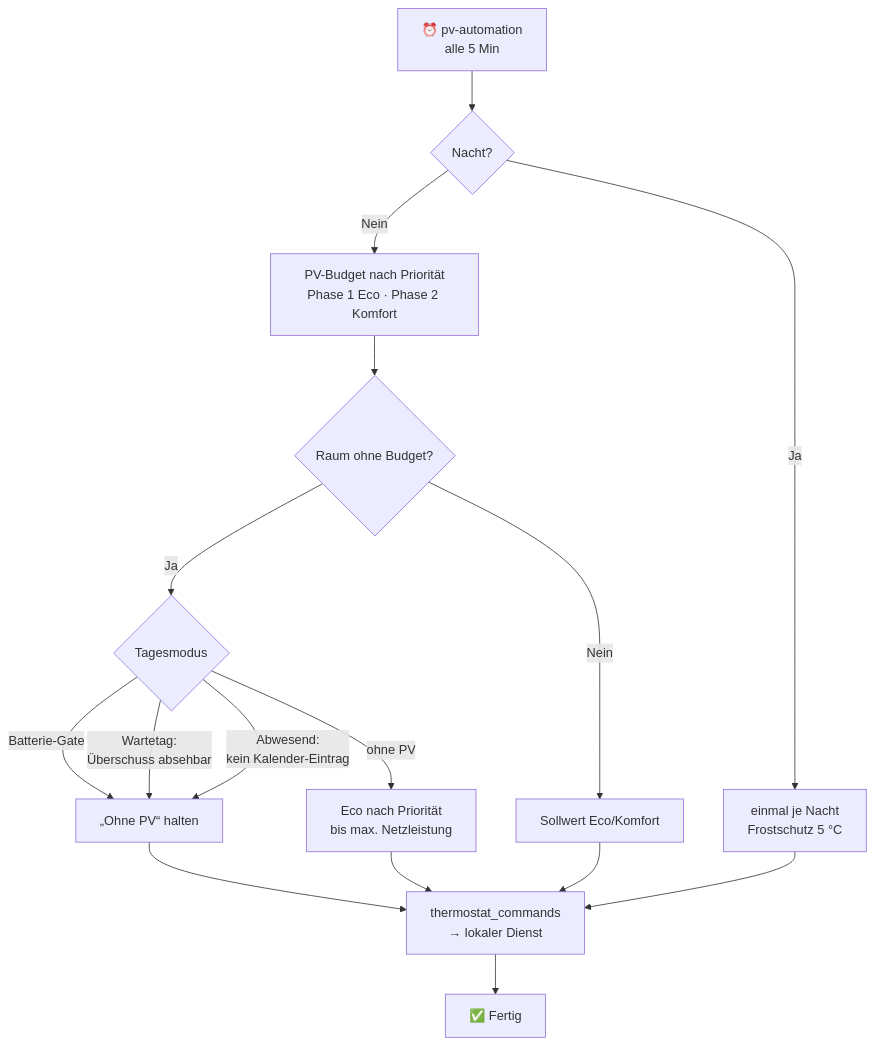
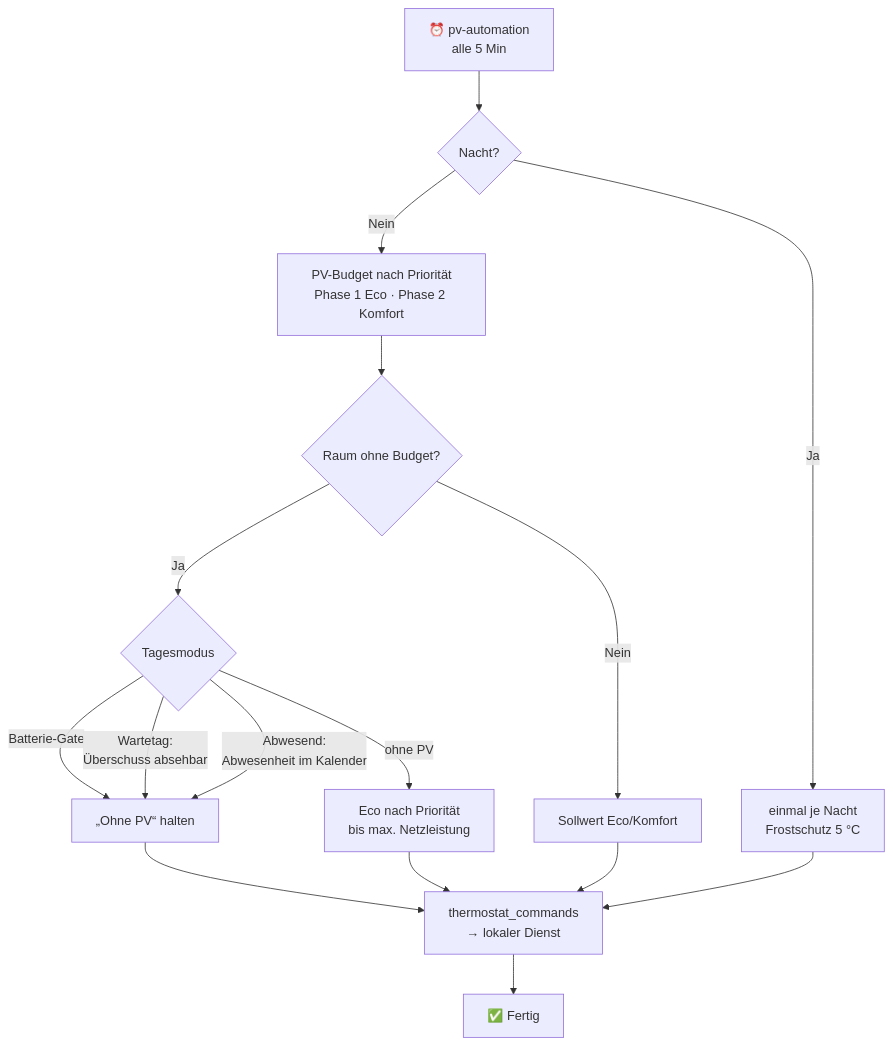
Before and after one commit to UliBer1508/smartfox-insight-ai-selfhosted: the third of 5 diagrams in doc/ARCHITECTURE.md, drawn with Mermaid. The commit also changed other lines of this file and 14 other files, not shown here.

First line of the commit message:
Anwesenheit umgedreht: Grundzustand anwesend, Kalender = Abwesenheit; Komfort mit PV auch bei Abwesenheit

````diff
--- a/doc/ARCHITECTURE.md
+++ b/doc/ARCHITECTURE.md
@@ -69,18 +69,18 @@
 ```mermaid
 flowchart TD
     START[⏰ pv-automation<br/>alle 5 Min] --> NIGHT{Nacht?}
     NIGHT -->|Ja| FROST[einmal je Nacht<br/>Frostschutz 5 °C]
     NIGHT -->|Nein| BUDGET[PV-Budget nach Priorität<br/>Phase 1 Eco · Phase 2 Komfort]
     BUDGET --> REST{Raum ohne Budget?}
     REST -->|Nein| SET[Sollwert Eco/Komfort]
     REST -->|Ja| MODE{Tagesmodus}
     MODE -->|Batterie-Gate| WAIT[„Ohne PV“ halten]
     MODE -->|Wartetag:<br/>Überschuss absehbar| WAIT
-    MODE -->|Abwesend:<br/>kein Kalender-Eintrag| WAIT
+    MODE -->|Abwesend:<br/>Abwesenheit im Kalender| WAIT
     MODE -->|ohne PV| GRID[Eco nach Priorität<br/>bis max. Netzleistung]
     WAIT --> CMD[thermostat_commands<br/>→ lokaler Dienst]
     GRID --> CMD
     SET --> CMD
     FROST --> CMD
     CMD --> END[✅ Fertig]
 ```
````
